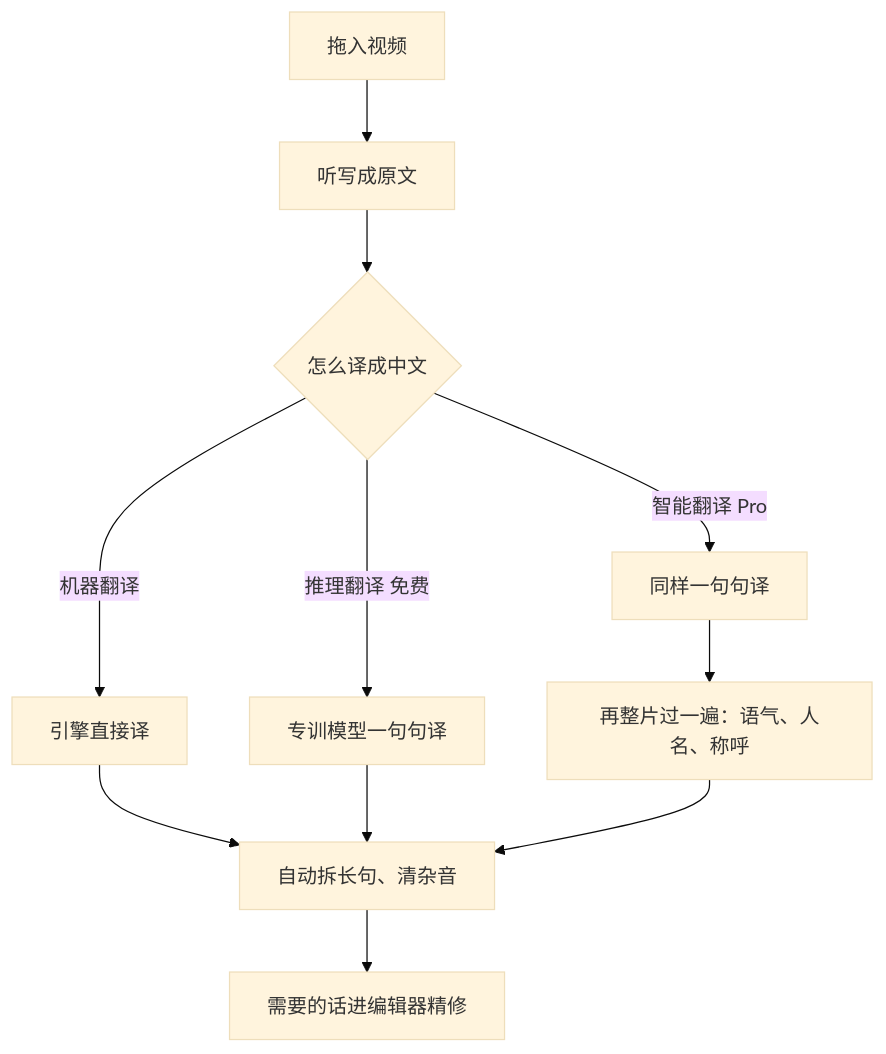
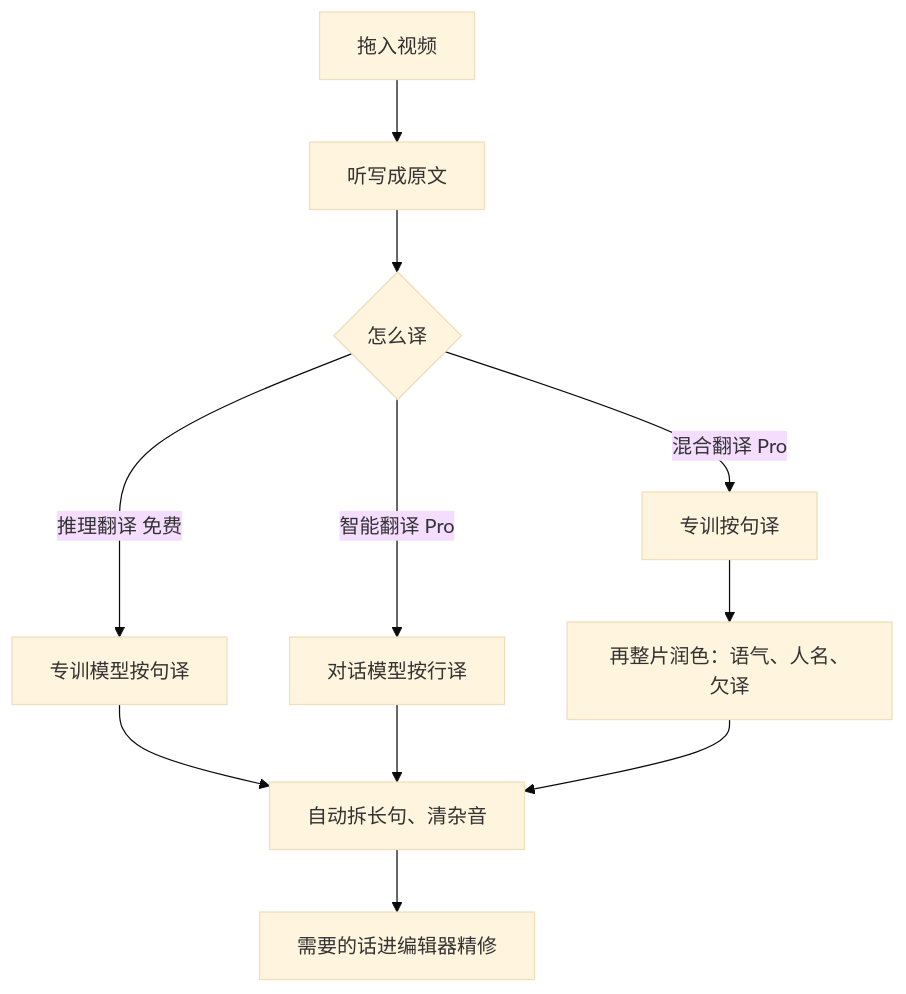
One commit to dlsandy/Transub changed the diagram in README.md. Above: the diagram before and after it, drawn with Mermaid (base theme). The commit also changed other lines of this file and 570 other files, not shown here.

````diff
--- a/README.md
+++ b/README.md
@@ -135,13 +111,13 @@
 ```mermaid
 flowchart TB
   A[拖入视频] --> B[听写成原文]
-  B --> C{怎么译成中文}
-  C -->|机器翻译| D[引擎直接译]
-  C -->|推理翻译 免费| E[专训模型一句句译]
-  C -->|智能翻译 Pro| F[同样一句句译]
-  F --> G[再整片过一遍：语气、人名、称呼]
+  B --> C{怎么译}
+  C -->|推理翻译 免费| D[专训模型按句译]
+  C -->|智能翻译 Pro| E[对话模型按行译]
+  C -->|混合翻译 Pro| F[专训按句译]
+  F --> G[再整片润色：语气、人名、欠译]
   D --> H[自动拆长句、清杂音]
   E --> H
   G --> H
   H --> I[需要的话进编辑器精修]
 ```
````
